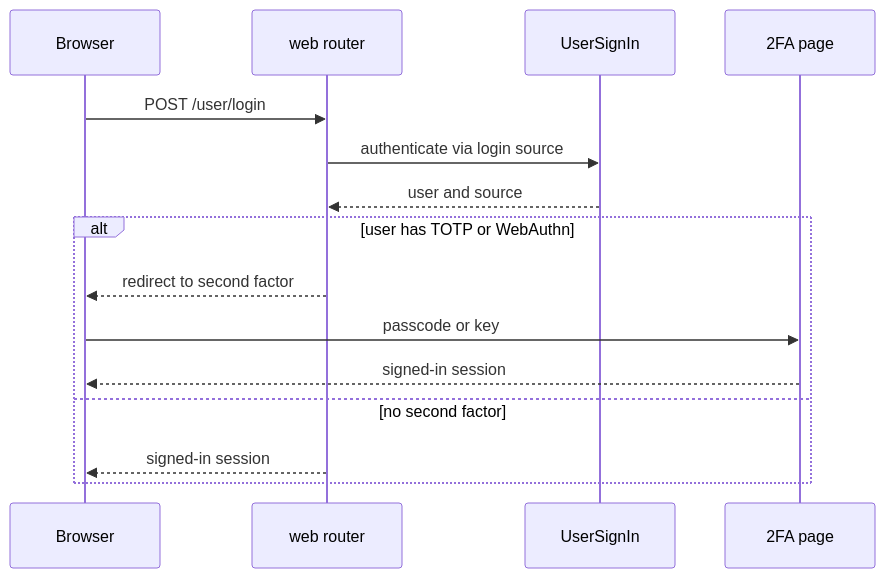
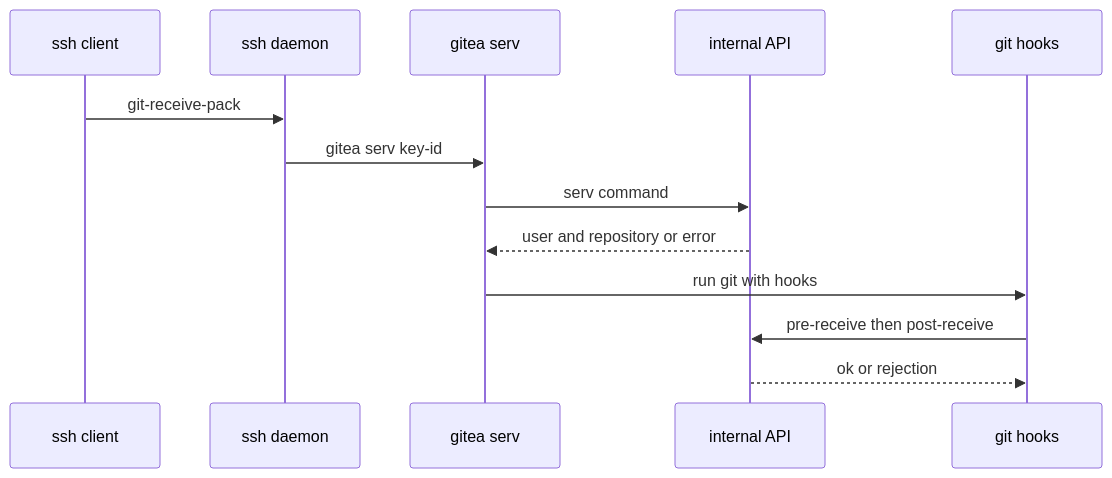
Before and after one commit to HeWhoRoams/AppDoc: the third of 5 diagrams in examples/current/gitea/application-documentation.md, drawn with Mermaid. The commit also changed other lines of this file and 64 other files, not shown here.

````diff
--- a/examples/current/gitea/application-documentation.md
+++ b/examples/current/gitea/application-documentation.md
@@ -763,17 +699,15 @@
 ```mermaid
 sequenceDiagram
-  participant B as Browser
-  participant W as web router
-  participant U as UserSignIn
-  participant T as 2FA page
-  B->>W: POST /user/login
-  W->>U: authenticate via login source
-  U-->>W: user and source
-  alt user has TOTP or WebAuthn
-    W-->>B: redirect to second factor
-    B->>T: passcode or key
-    T-->>B: signed-in session
-  else no second factor
-    W-->>B: signed-in session
-  end
+  participant S as ssh client
+  participant D as ssh daemon
+  participant V as gitea serv
+  participant I as internal API
+  participant H as git hooks
+  S->>D: git-receive-pack
+  D->>V: gitea serv key-id
+  V->>I: serv command
+  I-->>V: user and repository or error
+  V->>H: run git with hooks
+  H->>I: pre-receive then post-receive
+  I-->>H: ok or rejection
 ```
````
